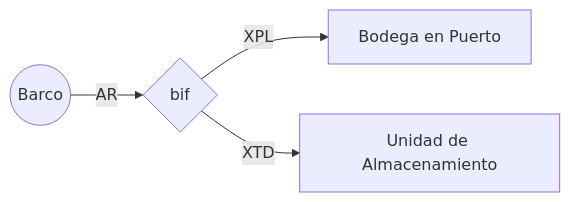
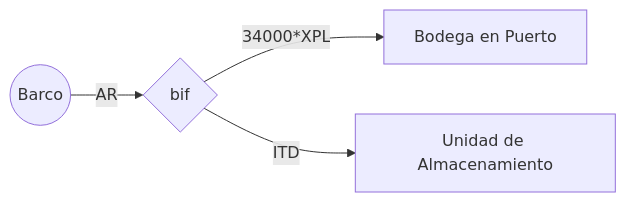
One commit to luisferpinilla/bios_solver changed the sixth of 8 diagrams in README.md. Above: the diagram before and after it, drawn with Mermaid. The commit also changed other lines of this file, not shown here.

````diff
--- a/README.md
+++ b/README.md
@@ -294,7 +258,7 @@
 ```mermaid
 graph LR;
 
     id0((Barco)) --AR--> id1{bif}
-    id1{bif} --XPL--> id2[Bodega en Puerto]
-    id1{bif} --XTD--> id4[Unidad de Almacenamiento]
+    id1{bif} --34000*XPL--> id2[Bodega en Puerto]
+    id1{bif} --ITD--> id4[Unidad de Almacenamiento]
 ```
````
